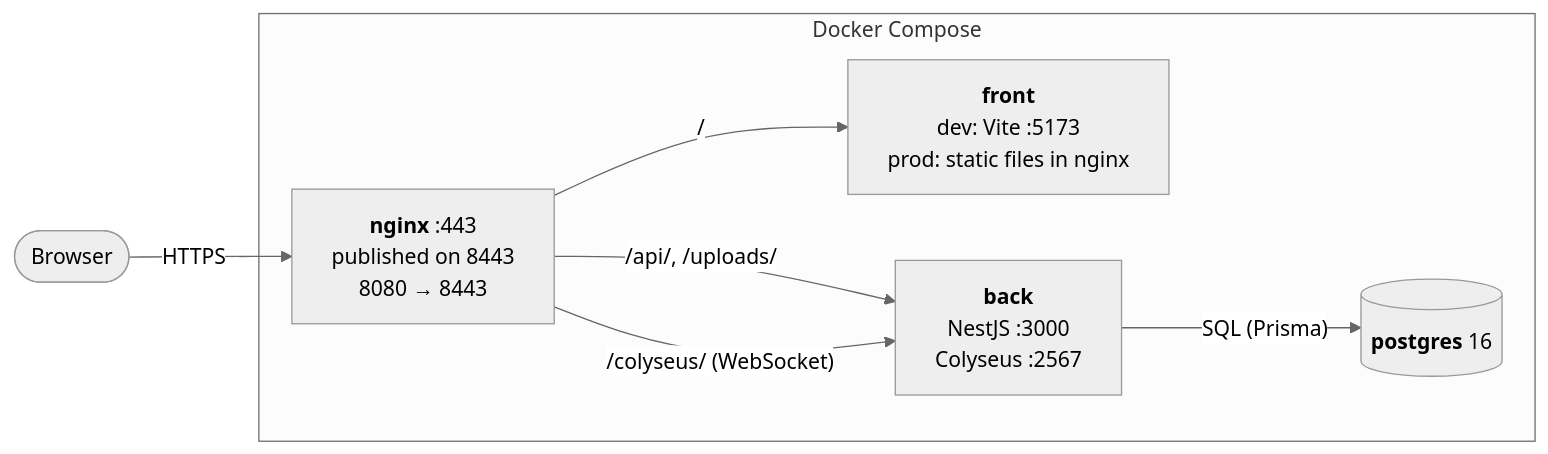
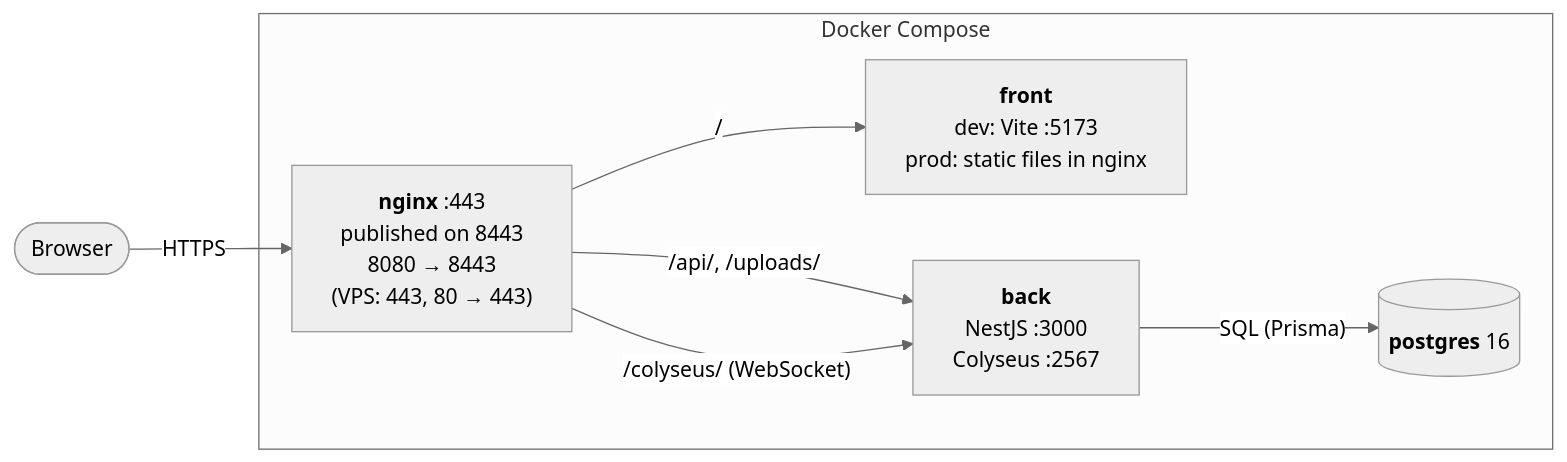
The diagram in docs/architecture.md (lcalero42/ft_transcendence), drawn with Mermaid (neutral theme) before and after one commit. The commit also changed 11 other files, not shown here.

````diff
--- a/docs/architecture.md
+++ b/docs/architecture.md
@@ -7,17 +7,17 @@
 ```mermaid
 flowchart LR
     browser(["Browser"])
 
     subgraph compose["Docker Compose"]
-        nginx["<b>nginx</b> :443<br/>published on 8443<br/>8080 → 8443"]
+        nginx["<b>nginx</b> :443<br/>published on 8443<br/>8080 → 8443<br/>(VPS: 443, 80 → 443)"]
         front["<b>front</b><br/>dev: Vite :5173<br/>prod: static files in nginx"]
         back["<b>back</b><br/>NestJS :3000<br/>Colyseus :2567"]
         db[("<b>postgres</b> 16")]
     end
 
     browser -->|HTTPS| nginx
     nginx -->|"/"| front
     nginx -->|"/api/, /uploads/"| back
     nginx -->|"/colyseus/ (WebSocket)"| back
     back -->|"SQL (Prisma)"| db
 ```
````
